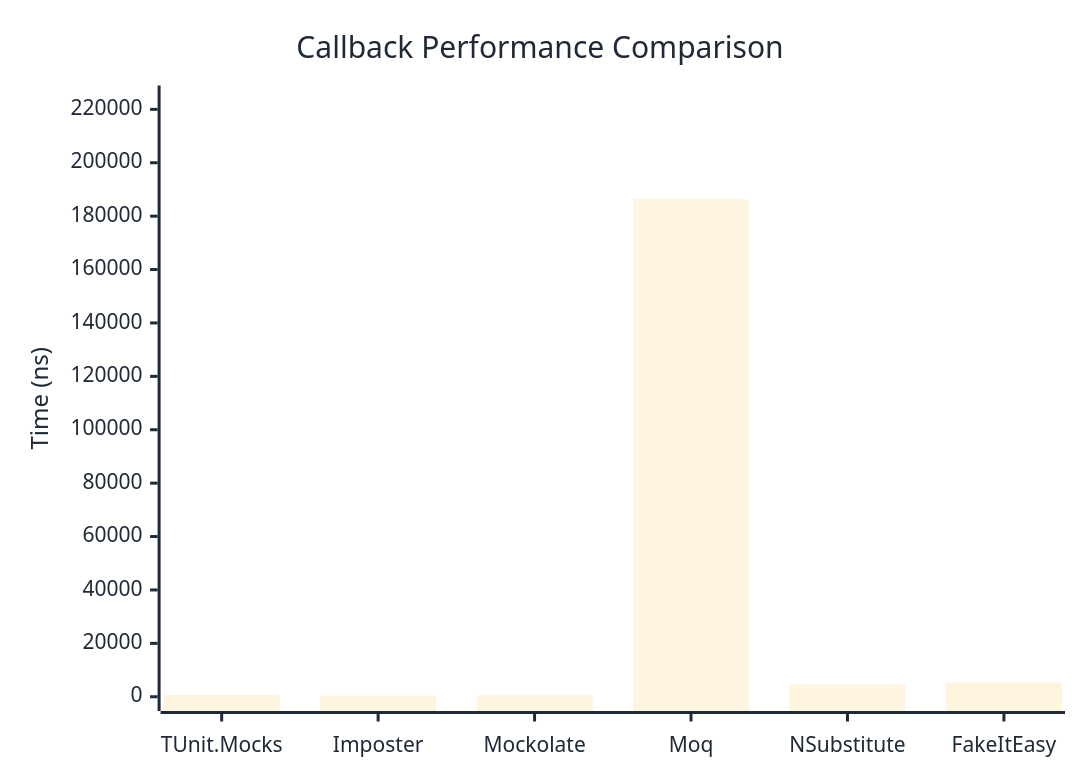
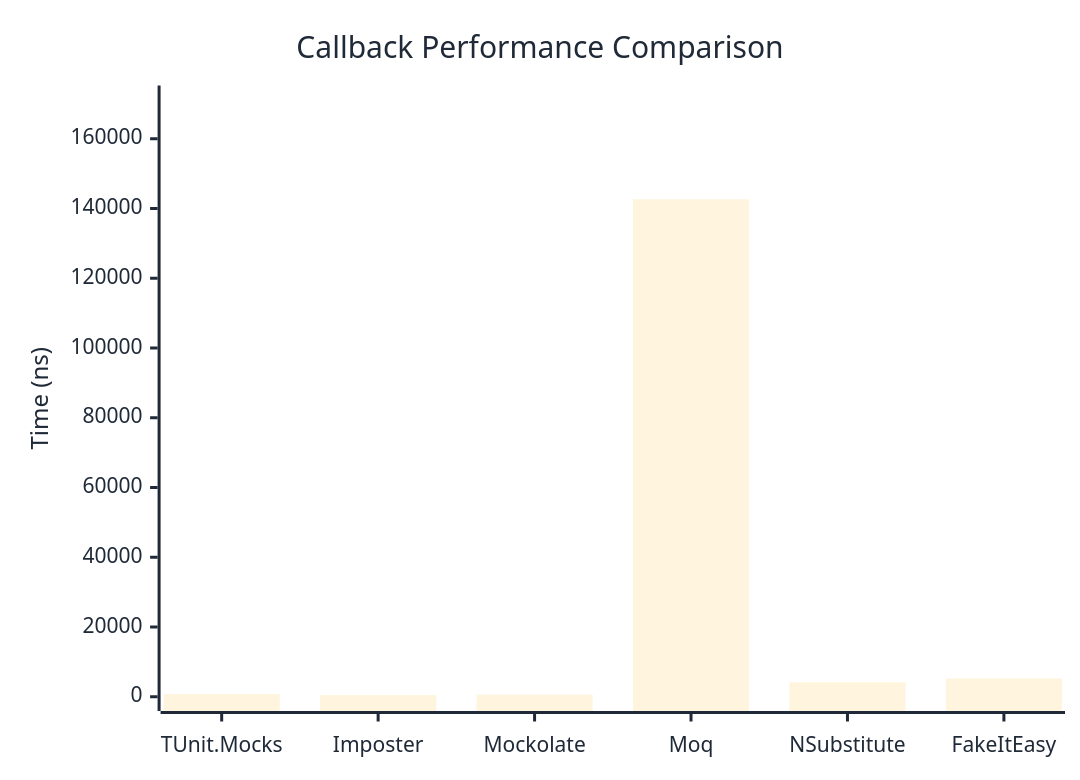
The first of 2 diagrams in docs/docs/benchmarks/mocks/Callback.md (thomhurst/TUnit), drawn with Mermaid before and after one commit. The commit also changed other lines of this file and 14 other files, not shown here.

````diff
--- a/docs/docs/benchmarks/mocks/Callback.md
+++ b/docs/docs/benchmarks/mocks/Callback.md
@@ -28,27 +28,27 @@
 ```mermaid
 %%{init: {
   'theme':'base',
   'themeVariables': {
     'primaryColor': '#2563eb',
     'primaryTextColor': '#1f2937',
     'primaryBorderColor': '#1e40af',
     'lineColor': '#6b7280',
     'secondaryColor': '#7c3aed',
     'tertiaryColor': '#dc2626',
     'background': '#ffffff',
     'pie1': '#2563eb',
     'pie2': '#7c3aed',
     'pie3': '#dc2626',
     'pie4': '#f59e0b',
     'pie5': '#10b981',
     'pie6': '#06b6d4',
     'pie7': '#ec4899',
     'pie8': '#6366f1'
   }
 }}%%
 xychart-beta
   title "Callback Performance Comparison"
   x-axis ["TUnit.Mocks", "Imposter", "Mockolate", "Moq", "NSubstitute", "FakeItEasy"]
-  y-axis "Time (ns)" 0 --> 223596
-  bar [680.2, 487.3, 523, 186330, 4551.5, 5411.1]
+  y-axis "Time (ns)" 0 --> 171182
+  bar [788.7, 498.9, 605.7, 142651.5, 4178.9, 5247.9]
 ```
````
